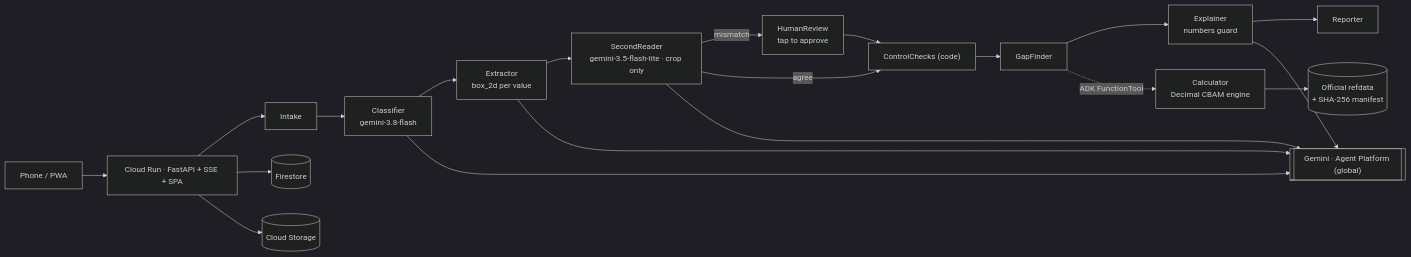
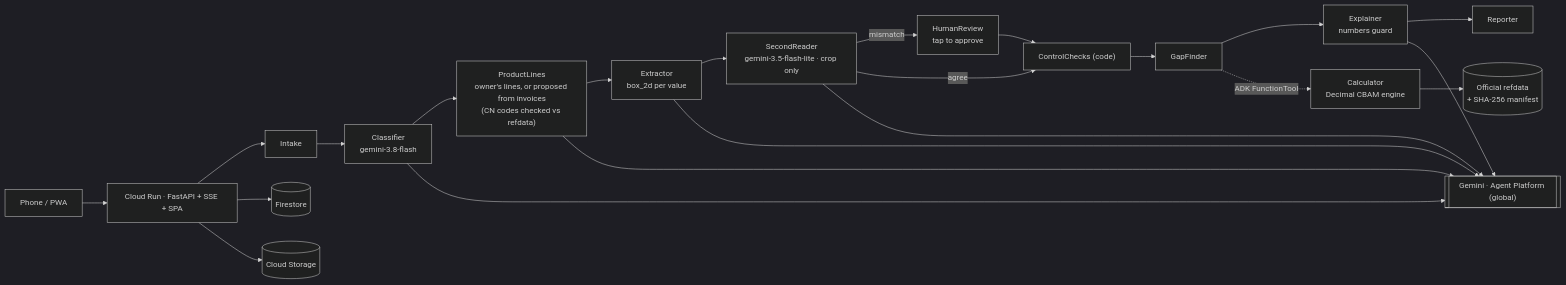
Before and after one commit to JeyaanthAnandan/pramaan: the diagram in README.md, drawn with Mermaid (dark theme). The commit also changed other lines of this file and 20 other files, not shown here.

First line of the commit message:
docs: README, architecture, demo script, deck notes and screenshots for the new flow

````diff
--- a/README.md
+++ b/README.md
@@ -72,10 +80,10 @@
 ```mermaid
 flowchart LR
   P["Phone / PWA"] --> API["Cloud Run · FastAPI + SSE + SPA"]
-  API --> I[Intake] --> C["Classifier<br/>gemini-3.8-flash"] --> E["Extractor<br/>box_2d per value"] --> S["SecondReader<br/>gemini-3.5-flash-lite · crop only"]
+  API --> I[Intake] --> C["Classifier<br/>gemini-3.8-flash"] --> PL["ProductLines<br/>owner's lines, or proposed from invoices<br/>(CN codes checked vs refdata)"] --> E["Extractor<br/>box_2d per value"] --> S["SecondReader<br/>gemini-3.5-flash-lite · crop only"]
   S -- mismatch --> H["HumanReview<br/>tap to approve"] --> K
   S -- agree --> K["ControlChecks (code)"] --> G["GapFinder"] --> X["Explainer<br/>numbers guard"] --> R["Reporter"]
   G -. ADK FunctionTool .-> CALC["Calculator<br/>Decimal CBAM engine"] --> REF[("Official refdata<br/>+ SHA-256 manifest")]
   API --> FS[("Firestore")] & GCS[("Cloud Storage")]
-  C & E & S & X --> GEM[["Gemini · Agent Platform (global)"]]
+  C & PL & E & S & X --> GEM[["Gemini · Agent Platform (global)"]]
 ```
````
